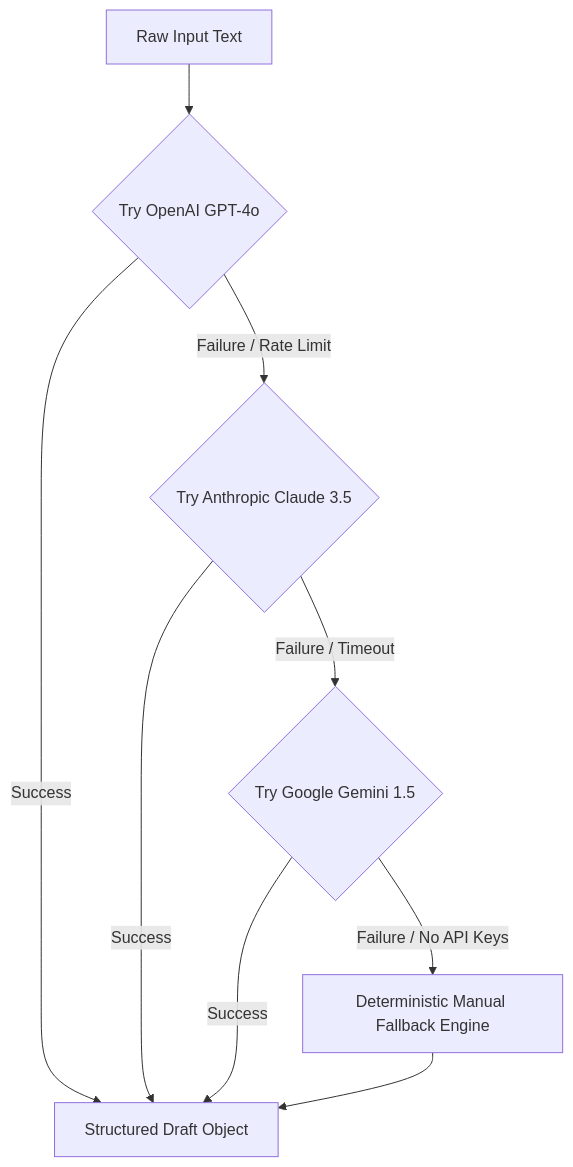
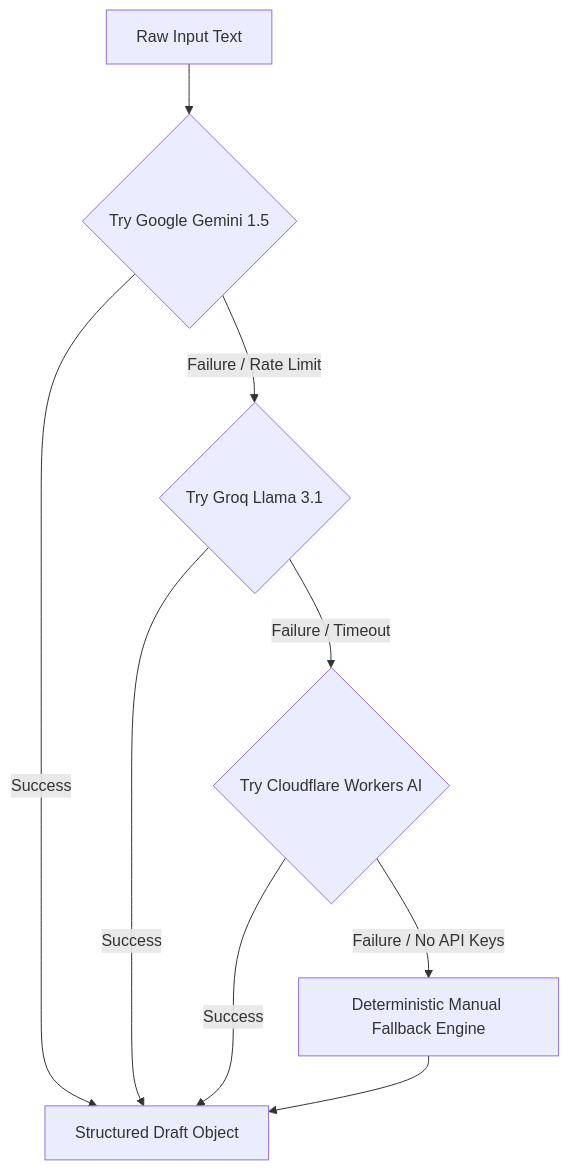
Before and after one commit to Ritik574-coder/contentflow-ai: the third of 4 diagrams in README.md, drawn with Mermaid. The commit also changed other lines of this file and 10 other files, not shown here.

````diff
--- a/README.md
+++ b/README.md
@@ -116,11 +116,11 @@
 ```mermaid
 graph TD
-    A[Raw Input Text] --> B{Try OpenAI GPT-4o}
+    A[Raw Input Text] --> B{Try Google Gemini 1.5}
     B -- Success --> S[Structured Draft Object]
-    B -- Failure / Rate Limit --> C{Try Anthropic Claude 3.5}
+    B -- Failure / Rate Limit --> C{Try Groq Llama 3.1}
     C -- Success --> S
-    C -- Failure / Timeout --> D{Try Google Gemini 1.5}
+    C -- Failure / Timeout --> D{Try Cloudflare Workers AI}
     D -- Success --> S
     D -- Failure / No API Keys --> E[Deterministic Manual Fallback Engine]
     E --> S
 ```
````
